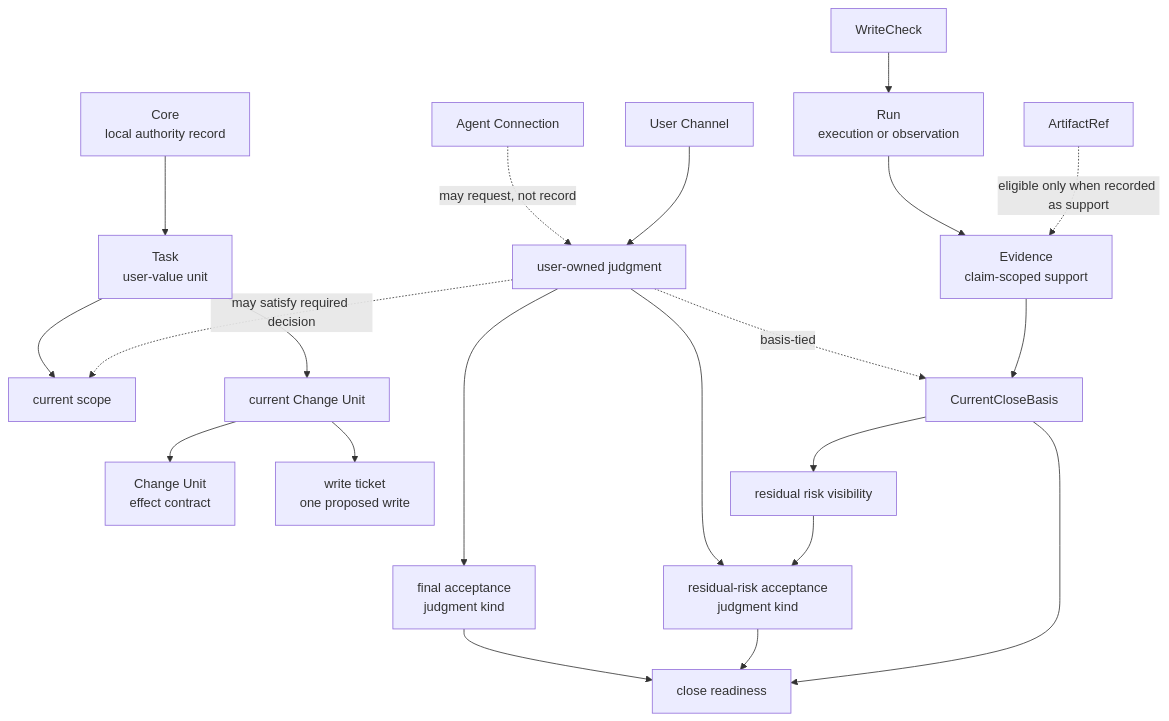
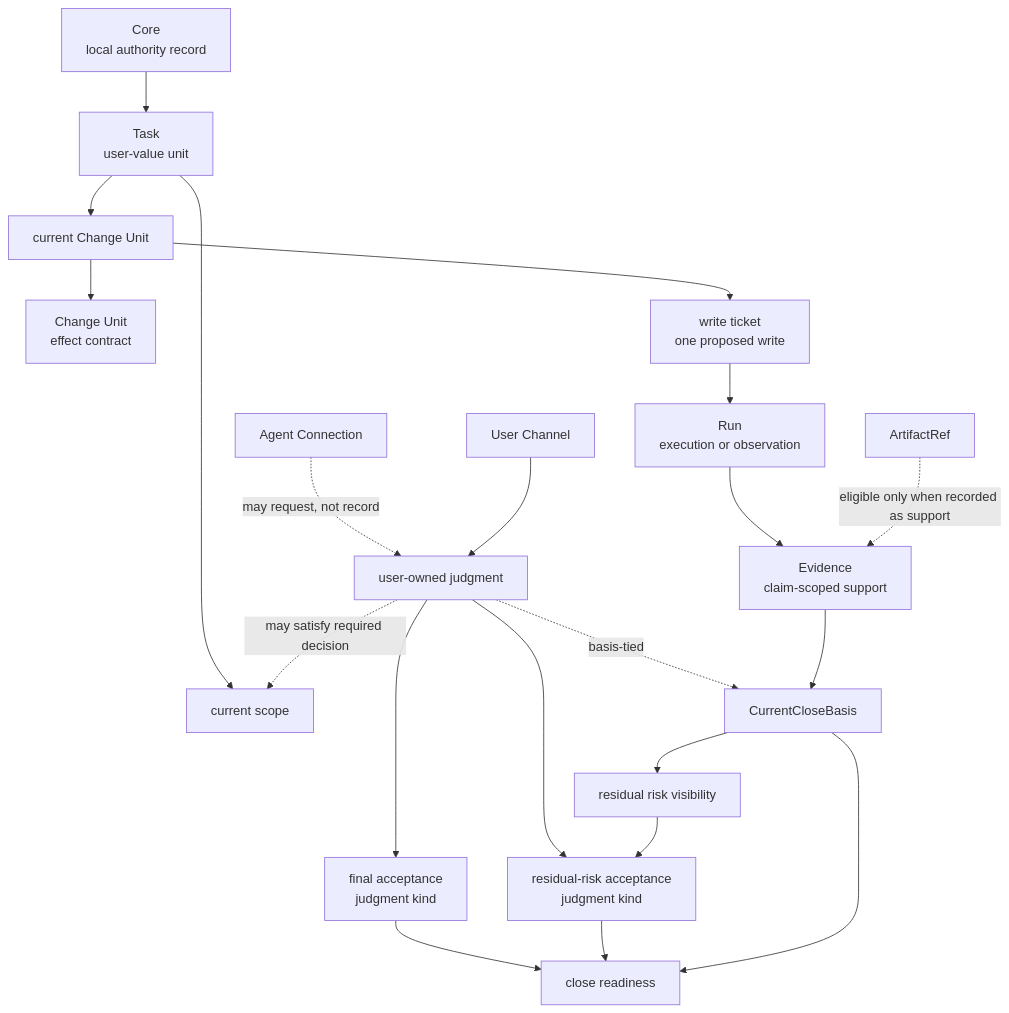
Before and after one commit to minjungw00/Volicord: the first of 2 diagrams in docs/en/reference/core-model.md, drawn with Mermaid. The commit also changed other lines of this file and 12 other files, not shown here.

````diff
--- a/docs/en/reference/core-model.md
+++ b/docs/en/reference/core-model.md
@@ -87,23 +87,23 @@
 ```mermaid
 flowchart TD
     Core["Core<br/>local authority record"] --> Task["Task<br/>user-value unit"]
     Task --> Scope["current scope"]
     Task --> ChangeUnit["current Change Unit"]
     ChangeUnit --> EffectContract["Change Unit<br/>effect contract"]
     ChangeUnit --> WriteTicket["write ticket<br/>one proposed write"]
-    WriteCheck --> Run["Run<br/>execution or observation"]
+    WriteTicket --> Run["Run<br/>execution or observation"]
     Run --> Evidence["Evidence<br/>claim-scoped support"]
     ArtifactRef["ArtifactRef"] -. "eligible only when recorded as support" .-> Evidence
     AgentConnection["Agent Connection"] -. "may request, not record" .-> Judgment["user-owned judgment"]
     UserChannel["User Channel"] --> Judgment
     Judgment -. "may satisfy required decision" .-> Scope
     Judgment -. "basis-tied" .-> CloseBasis["CurrentCloseBasis"]
     Evidence --> CloseBasis
     Judgment --> FinalAcceptance["final acceptance<br/>judgment kind"]
     Judgment --> RiskAcceptance["residual-risk acceptance<br/>judgment kind"]
     CloseBasis --> ResidualRisk["residual risk visibility"]
     ResidualRisk --> RiskAcceptance
     FinalAcceptance --> CloseReadiness
     RiskAcceptance --> CloseReadiness
     CloseBasis --> CloseReadiness["close readiness"]
 ```
````
